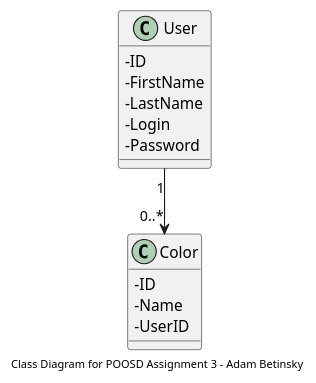
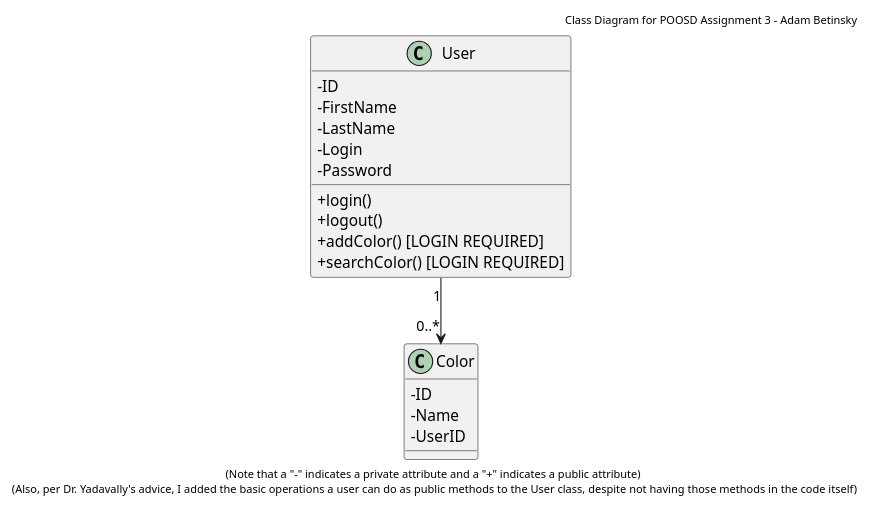
The diagram in docs/uml/class.puml (ABetinsky/Adam-Betinsky-COLORS-Lab), drawn with PlantUML before and after one commit. The commit also changed 5 other files, not shown here.

Commit message:
Changed the footers to headers. Added notes to activity diagram. All finished now

```diff
--- a/docs/uml/class.puml
+++ b/docs/uml/class.puml
@@ -5,29 +5,38 @@
 @startuml
+
+' Add header to the diagram
+header Class Diagram for POOSD Assignment 3 - Adam Betinsky
+skinparam HeaderFontColor black
 
 ' Deactivate any graphics for icons
 skinparam classAttributeIconSize 0
 
 ' Define a class representing a user. All private variables are attributes to each user (with "Login" also being the Username)
 class User {
     - ID
     - FirstName
     - LastName
     - Login
     - Password
+
+    + login()
+    + logout()
+    + addColor() [LOGIN REQUIRED]
+    + searchColor() [LOGIN REQUIRED]
 }
 
 ' Define a class representing a color. All private variables are attributes to each color. Note that "ID" is the ID for the color in the database, and "UserID" is the ID for the user associated with that color
 class Color {
     - ID 
     - Name
     - UserID
 }
 
 ' Define a relationship that every 1 user can have 0 or infinitely many colors in their database
 User "1" --> "0..*" Color
 
 ' Add footer to the diagram
-footer Class Diagram for POOSD Assignment 3 - Adam Betinsky
+footer (Note that a "-" indicates a private attribute and a "+" indicates a public attribute)\n (Also, per Dr. Yadavally's advice, I added the basic operations a user can do as public methods to the User class, despite not having those methods in the code itself)
 skinparam footerFontColor black
 
 @enduml
```
